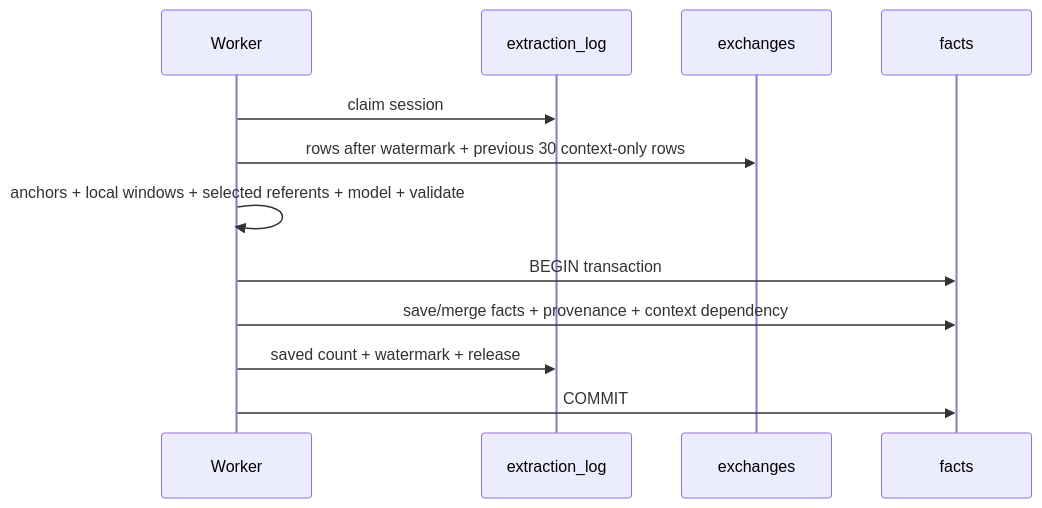
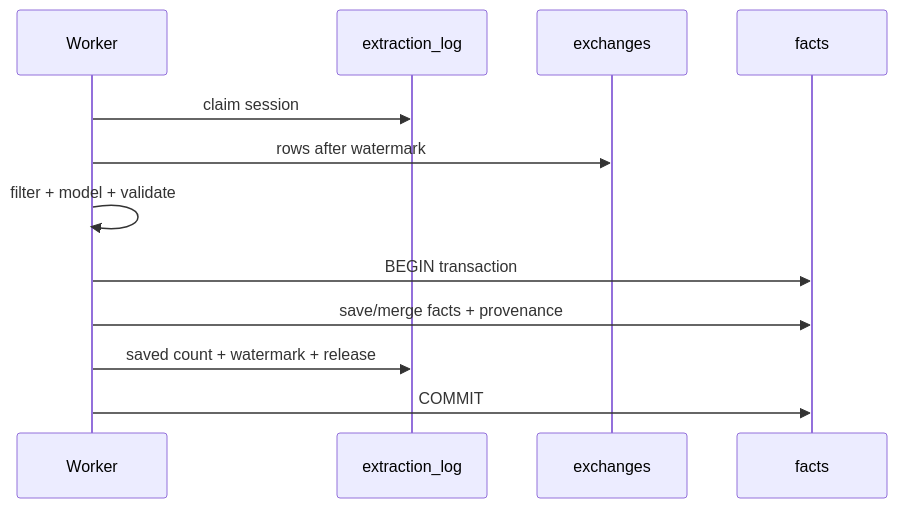
Before and after one commit to BongSuCHOI/memex: the diagram in docs/FACT-LIFECYCLE.md, drawn with Mermaid. The commit also changed other lines of this file and 75 other files, not shown here.

````diff
--- a/docs/FACT-LIFECYCLE.md
+++ b/docs/FACT-LIFECYCLE.md
@@ -243,15 +56,15 @@
 ```mermaid
 sequenceDiagram
     participant W as Worker
     participant L as extraction_log
     participant E as exchanges
     participant F as facts
 
     W->>L: claim session
-    W->>E: rows after watermark + previous 30 context-only rows
-    W->>W: anchors + local windows + selected referents + model + validate
+    W->>E: rows after watermark
+    W->>W: filter + model + validate
     W->>F: BEGIN transaction
-    W->>F: save/merge facts + provenance + context dependency
+    W->>F: save/merge facts + provenance
     W->>L: saved count + watermark + release
     W->>F: COMMIT
 ```
````
